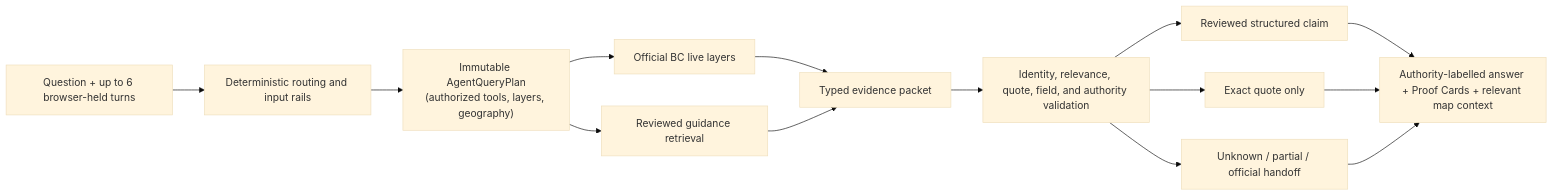
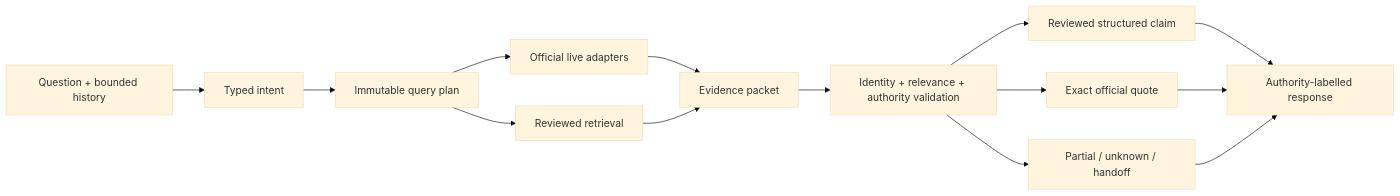
One commit to yusenrong46-afk/firelens-bc changed the diagram in README.md. Above: the diagram before and after it, drawn with Mermaid (base theme). The commit also changed other lines of this file and 4 other files, not shown here.

Commit message:
Present FireLens V1.6.2 with evidence-honest portfolio context

````diff
--- a/README.md
+++ b/README.md
@@ -171,16 +113,16 @@
 ```mermaid
 flowchart LR
-    Q["Question + up to 6 browser-held turns"] --> R["Deterministic routing and input rails"]
-    R --> P0["Immutable AgentQueryPlan\n(authorized tools, layers, geography)"]
-    P0 --> L["Official BC live layers"]
-    P0 --> G["Reviewed guidance retrieval"]
-    L --> P["Typed evidence packet"]
-    G --> P
-    P --> V["Identity, relevance, quote, field, and authority validation"]
-    V --> S["Reviewed structured claim"]
-    V --> X["Exact quote only"]
-    V --> U["Unknown / partial / official handoff"]
-    S --> UI["Authority-labelled answer + Proof Cards + relevant map context"]
+    Q[Question + bounded history] --> R[Typed intent]
+    R --> P[Immutable query plan]
+    P --> L[Official live adapters]
+    P --> G[Reviewed retrieval]
+    L --> E[Evidence packet]
+    G --> E
+    E --> V[Identity + relevance + authority validation]
+    V --> S[Reviewed structured claim]
+    V --> X[Exact official quote]
+    V --> U[Partial / unknown / handoff]
+    S --> UI[Authority-labelled response]
     X --> UI
     U --> UI
 ```
````
